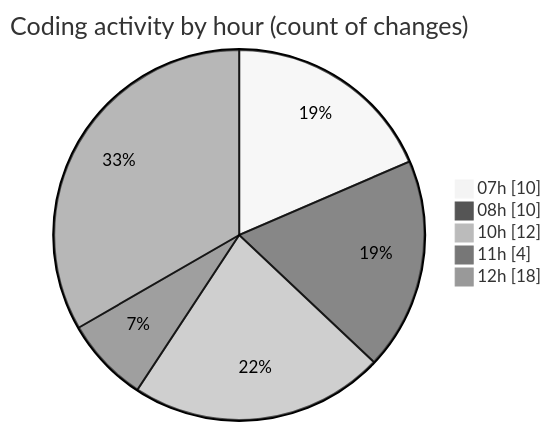
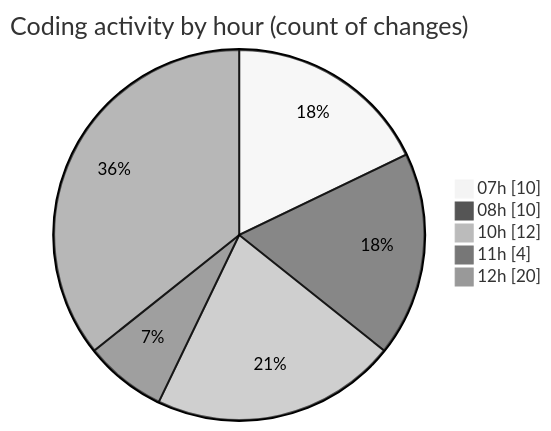
One commit to tmsrecording-cyber/code-tracking changed the second of 2 diagrams in 2026-02-08/singularitybrainai/README.md. Above: the diagram before and after it, drawn with Mermaid (neutral theme). The commit also changed other lines of this file and 1 other file, not shown here.

````diff
--- a/2026-02-08/singularitybrainai/README.md
+++ b/2026-02-08/singularitybrainai/README.md
@@ -38,9 +39,9 @@
 ```mermaid
 pie showData
 title Coding activity by hour (count of changes)
 "07h" : 10
 "08h" : 10
 "10h" : 12
 "11h" : 4
-"12h" : 18
+"12h" : 20
 ```
````
